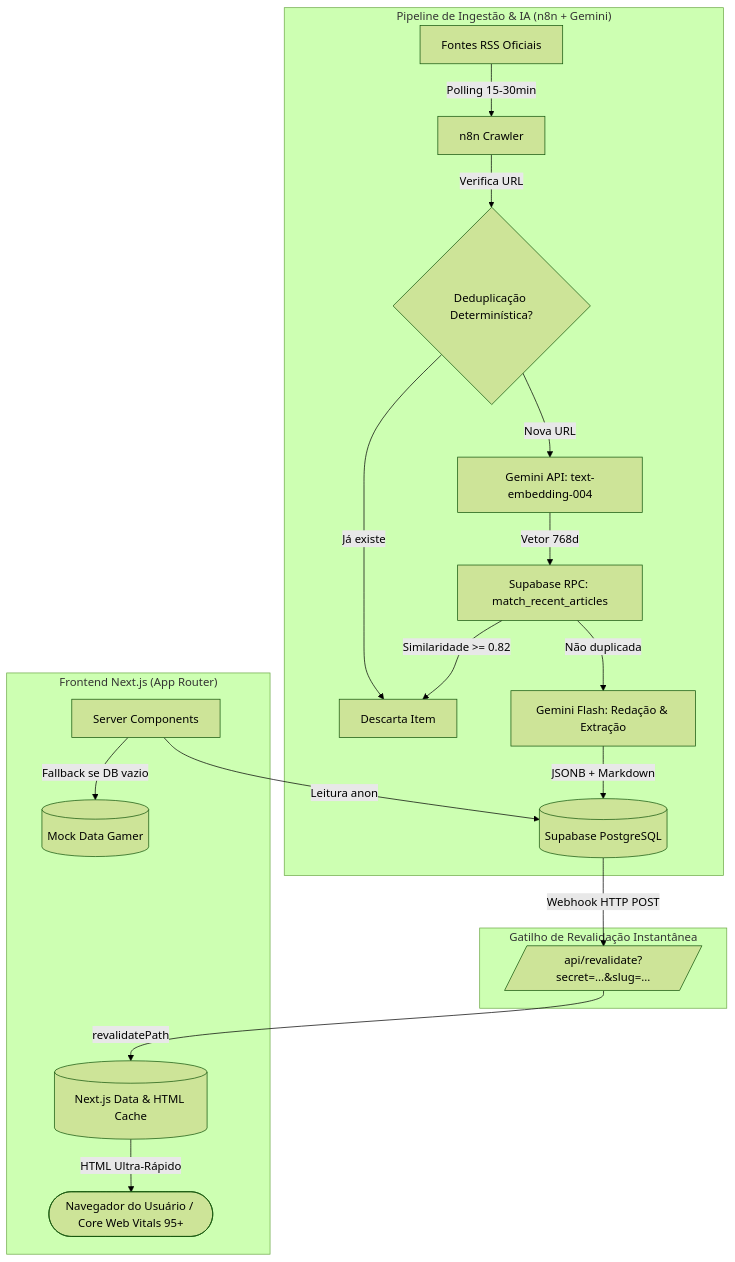
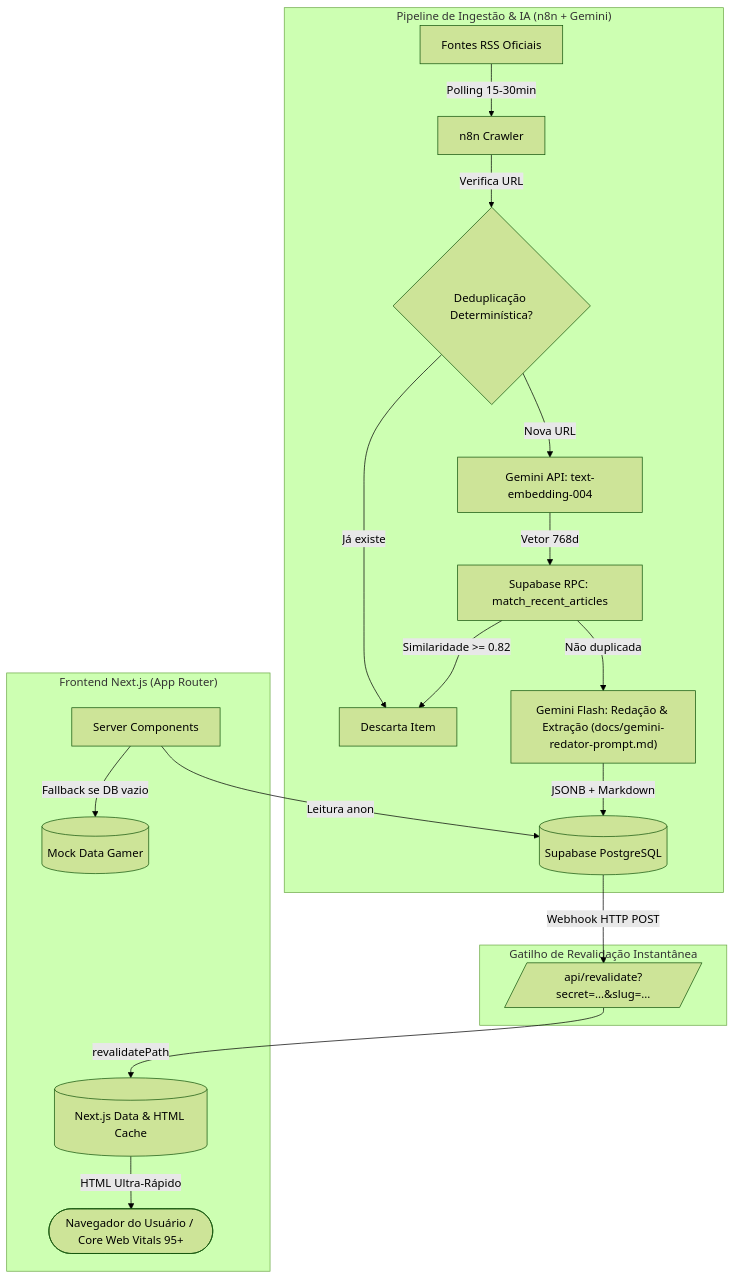
The diagram in docs/architecture.md (JuanBMMontesinos/AIGamePortal), drawn with Mermaid (forest theme) before and after one commit. The commit also changed other lines of this file and 3 other files, not shown here.

Commit message:
docs: adiciona especificacao do agente redator seo gemini 1.5 e atualiza guias canonicos

````diff
--- a/docs/architecture.md
+++ b/docs/architecture.md
@@ -11,24 +11,24 @@
 ```mermaid
 flowchart TD
     subgraph Pipeline_IA ["Pipeline de Ingestão & IA (n8n + Gemini)"]
         F1[Fontes RSS Oficiais] -->|Polling 15-30min| N1[n8n Crawler]
         N1 -->|Verifica URL| N2{Deduplicação Determinística?}
         N2 -->|Já existe| SKIP[Descarta Item]
         N2 -->|Nova URL| G1[Gemini API: text-embedding-004]
         G1 -->|Vetor 768d| DB_VEC[Supabase RPC: match_recent_articles]
         DB_VEC -->|Similaridade >= 0.82| SKIP
-        DB_VEC -->|Não duplicada| G2[Gemini Flash: Redação & Extração]
+        DB_VEC -->|Não duplicada| G2["Gemini Flash: Redação & Extração (docs/gemini-redator-prompt.md)"]
         G2 -->|JSONB + Markdown| DB_INS[(Supabase PostgreSQL)]
     end
 
     subgraph Revalidacao ["Gatilho de Revalidação Instantânea"]
         DB_INS -->|Webhook HTTP POST| REVAL[/api/revalidate?secret=...&slug=.../]
     end
 
     subgraph Frontend_Nextjs ["Frontend Next.js (App Router)"]
         REVAL -->|revalidatePath| CACHE[(Next.js Data & HTML Cache)]
         CACHE -->|HTML Ultra-Rápido| USER([Navegador do Usuário / Core Web Vitals 95+])
         SERVER_COMP[Server Components] -->|Leitura anon| DB_INS
         SERVER_COMP -->|Fallback se DB vazio| MOCK[(Mock Data Gamer)]
     end
 ```
````
